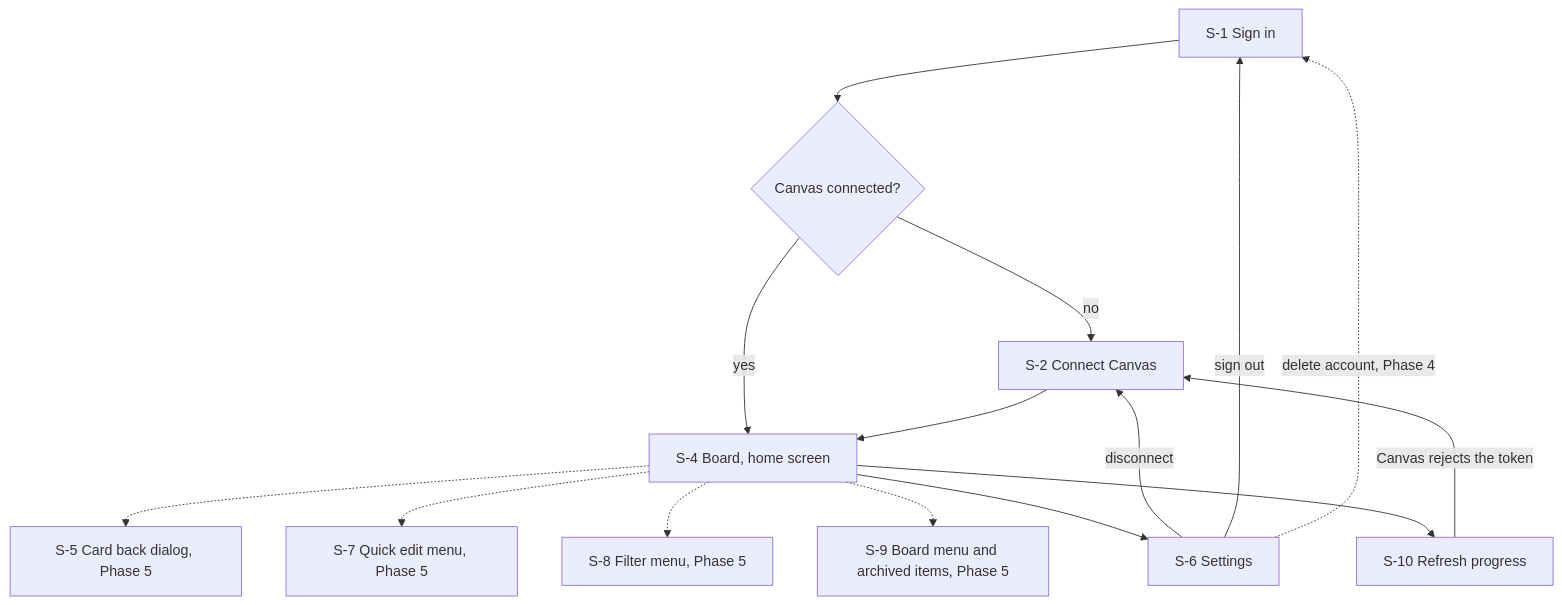
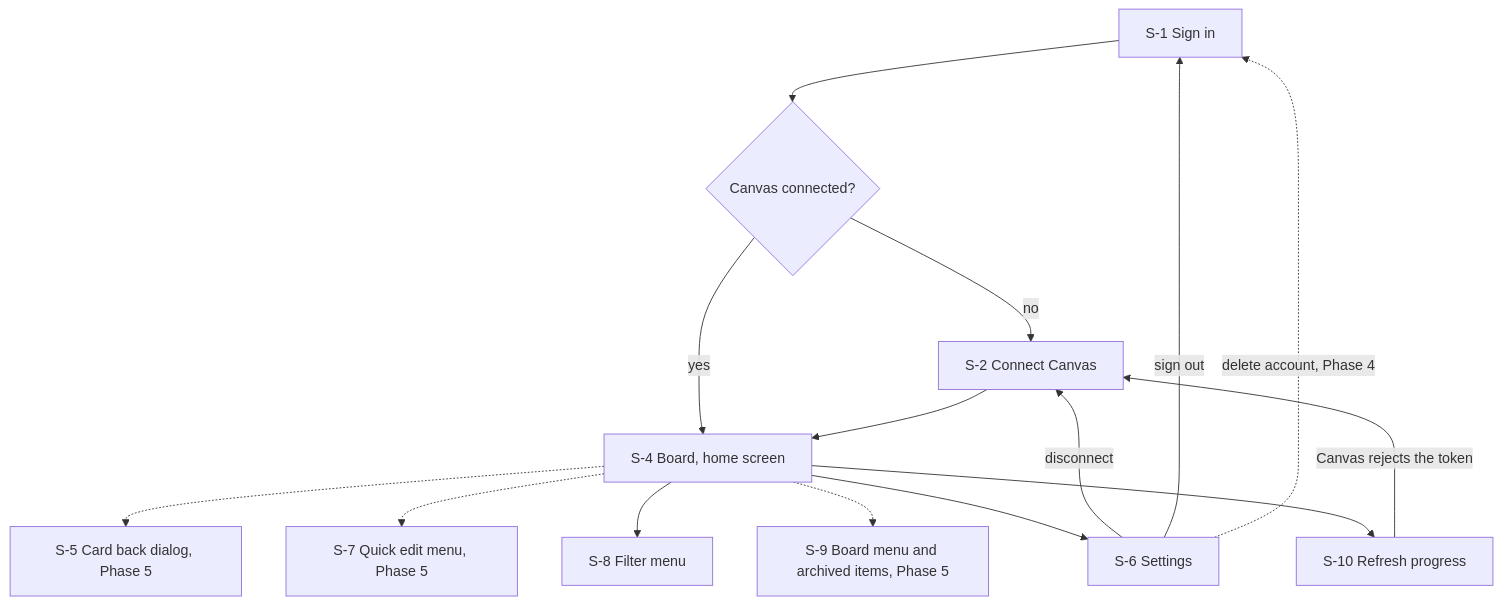
The first of 9 diagrams in docs/canvas-portal/04-ui-specification.md (bbranton/TestProj), drawn with Mermaid before and after one commit. The commit also changed other lines of this file and 1 other file, not shown here.

First line of the commit message:
UI spec: move the filter menu (S-8) to Phase 1

````diff
--- a/docs/canvas-portal/04-ui-specification.md
+++ b/docs/canvas-portal/04-ui-specification.md
@@ -38,17 +38,17 @@
 ```mermaid
 flowchart TD
     S1[S-1 Sign in] --> Q{Canvas connected?}
     Q -- no --> S2[S-2 Connect Canvas]
     Q -- yes --> S4[S-4 Board, home screen]
     S2 --> S4
     S4 -.-> S5[S-5 Card back dialog, Phase 5]
     S4 -.-> S7[S-7 Quick edit menu, Phase 5]
-    S4 -.-> S8[S-8 Filter menu, Phase 5]
+    S4 --> S8[S-8 Filter menu]
     S4 -.-> S9[S-9 Board menu and archived items, Phase 5]
     S4 --> S6[S-6 Settings]
     S4 --> S10[S-10 Refresh progress]
     S10 -- Canvas rejects the token --> S2
     S6 -- disconnect --> S2
     S6 -- sign out --> S1
     S6 -. delete account, Phase 4 .-> S1
 ```
````
